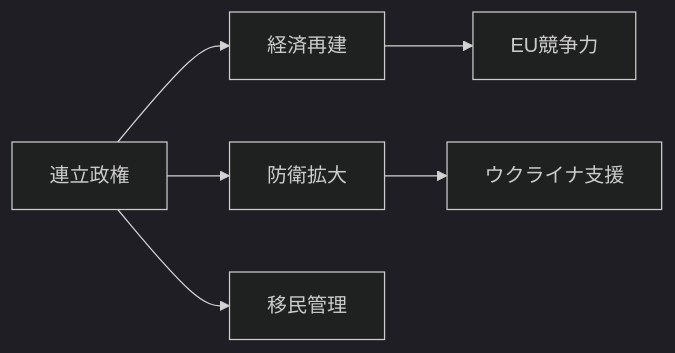
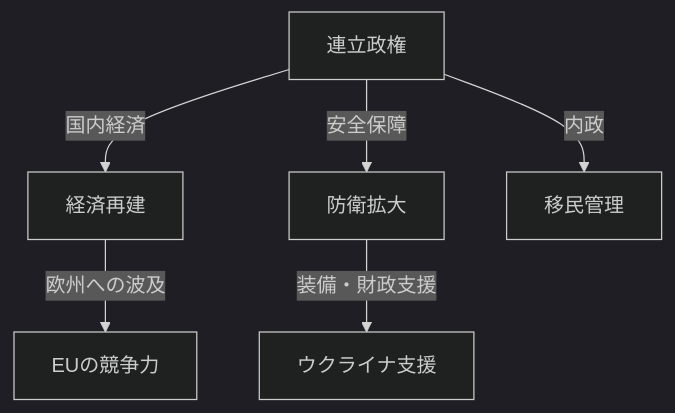
Before and after one commit to daylight55/research: the first of 2 diagrams in articles/report/germany-geopolitical-profile/ja/index.mdx, drawn with Mermaid (dark theme). The commit also changed other lines of this file and 181 other files, not shown here.

First line of the commit message:
全記事の図解368点を再生成し、共通注意書きを削除 (#402)

````diff
--- a/articles/report/germany-geopolitical-profile/ja/index.mdx
+++ b/articles/report/germany-geopolitical-profile/ja/index.mdx
@@ -26,8 +26,16 @@
 ```mermaid
-flowchart LR
-  A["連立政権"] --> B["経済再建"]
-  A --> C["防衛拡大"]
-  A --> D["移民管理"]
-  B --> E["EU競争力"]
-  C --> F["ウクライナ支援"]
+flowchart TD
+  accTitle: ドイツの経済・防衛・移民政策の接点
+  accDescr: 連立政権の政策を経済再建、防衛拡大、移民管理に分け、EUとウクライナ支援への接続を読む。
+  N0["連立政権"]
+  N1["経済再建"]
+  N2["防衛拡大"]
+  N3["移民管理"]
+  N4["EUの競争力"]
+  N5["ウクライナ支援"]
+  N0 -->|国内経済| N1
+  N0 -->|安全保障| N2
+  N0 -->|内政| N3
+  N1 -->|欧州への波及| N4
+  N2 -->|装備・財政支援| N5
 ```
````
